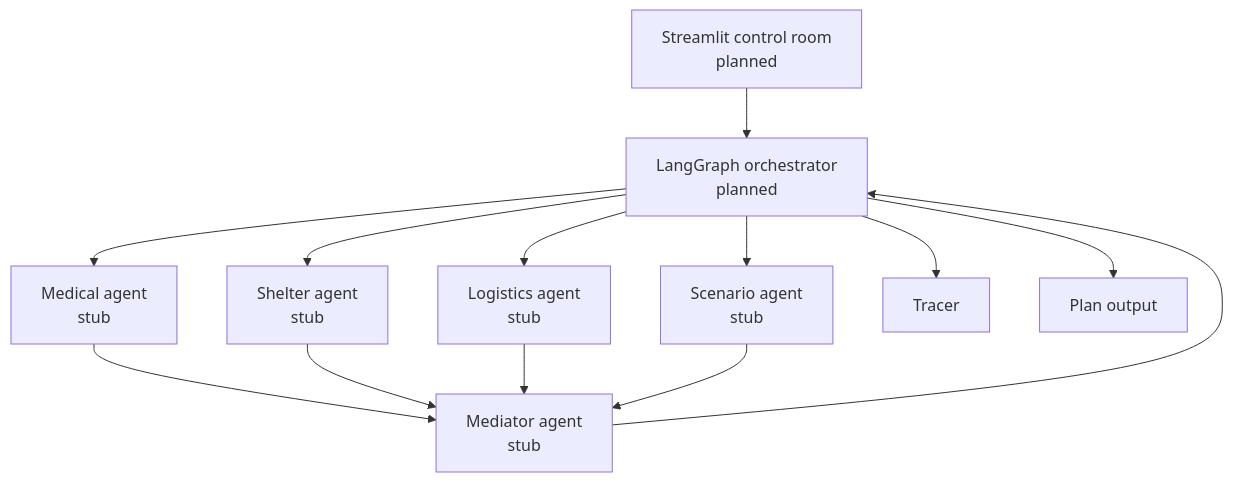
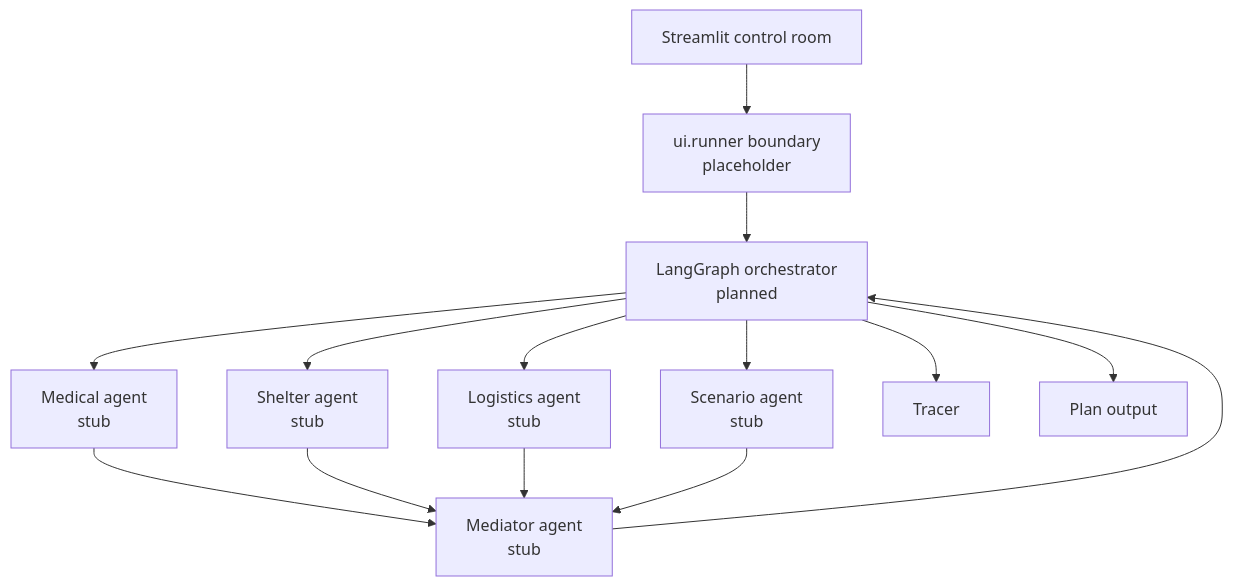
One commit to Sreenair-1/Disaster_Relief_Resource_Negotiator changed the diagram in docs/DESIGN.md. Above: the diagram before and after it, drawn with Mermaid. The commit also changed other lines of this file and 6 other files, not shown here.

````diff
--- a/docs/DESIGN.md
+++ b/docs/DESIGN.md
@@ -5,15 +5,16 @@
 ```mermaid
 flowchart TD
-  UI[Streamlit control room<br/>planned] --> G[LangGraph orchestrator<br/>planned]
+  UI[Streamlit control room] --> R[ui.runner boundary<br/>placeholder]
+  R --> G[LangGraph orchestrator<br/>planned]
   G --> S[Scenario agent<br/>stub]
   G --> M[Medical agent<br/>stub]
   G --> H[Shelter agent<br/>stub]
   G --> L[Logistics agent<br/>stub]
   M --> X[Mediator agent<br/>stub]
   H --> X
   L --> X
   S --> X
   X --> G
   G --> T[Tracer]
   G --> O[Plan output]
 ```
````
